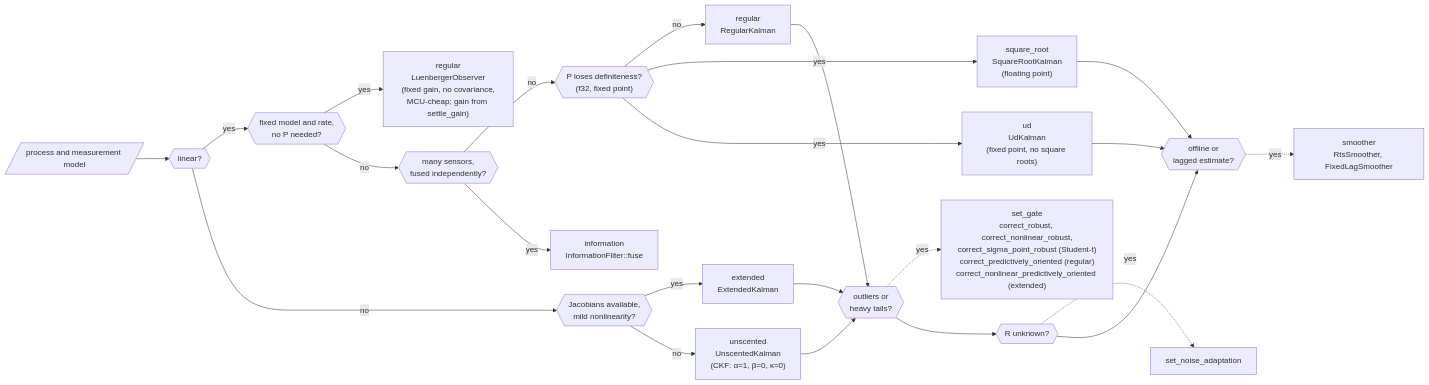
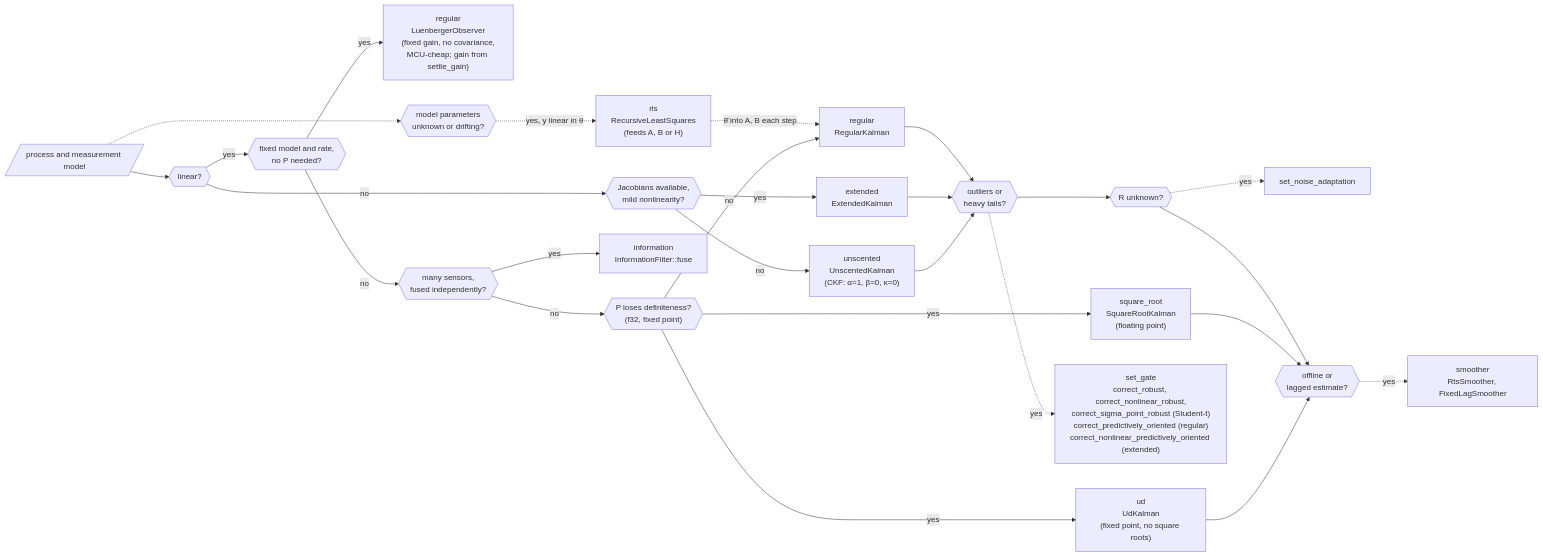
Before and after one commit to sunsided/minikalman-rs: the diagram in crates/minikalman/docs/diagrams/choose-filter.mmd, drawn with Mermaid. The commit also changed 13 other files, not shown here.

First line of the commit message:
Add recursive least squares for online parameter identification (#149)

```diff
--- a/crates/minikalman/docs/diagrams/choose-filter.mmd
+++ b/crates/minikalman/docs/diagrams/choose-filter.mmd
@@ -1,43 +1,48 @@
 flowchart LR
     %% Which filter fits a problem. Style: see docs/diagrams/README.md.
     %% The root README.md holds an inline copy of this diagram; keep the two in sync.
     %% Checks are hexagons; answers are rectangles naming the module and the type or method.
     model[/"process and measurement model"/]
     linear{{"linear?"}}
     steady{{"fixed model and rate,<br/>no P needed?"}}
     luenberger["regular<br/>LuenbergerObserver<br/>(fixed gain, no covariance,<br/>MCU-cheap; gain from settle_gain)"]
     fusion{{"many sensors,<br/>fused independently?"}}
     jacobians{{"Jacobians available,<br/>mild nonlinearity?"}}
     definite{{"P loses definiteness?<br/>(f32, fixed point)"}}
     regular["regular<br/>RegularKalman"]
     square_root["square_root<br/>SquareRootKalman<br/>(floating point)"]
     information["information<br/>InformationFilter::fuse"]
     ud["ud<br/>UdKalman<br/>(fixed point, no square roots)"]
     extended["extended<br/>ExtendedKalman"]
     unscented["unscented<br/>UnscentedKalman<br/>(CKF: α=1, β=0, κ=0)"]
     outliers{{"outliers or<br/>heavy tails?"}}
     gate["set_gate<br/>correct_robust, correct_nonlinear_robust,<br/>correct_sigma_point_robust (Student-t)<br/>correct_predictively_oriented (regular)<br/>correct_nonlinear_predictively_oriented (extended)"]
     noise{{"R unknown?"}}
     adapt["set_noise_adaptation"]
     offline{{"offline or<br/>lagged estimate?"}}
     smoother["smoother<br/>RtsSmoother, FixedLagSmoother"]
+    params{{"model parameters<br/>unknown or drifting?"}}
+    rls["rls<br/>RecursiveLeastSquares<br/>(feeds A, B or H)"]
     model --> linear
     linear -- yes --> steady
     steady -- yes --> luenberger
     steady -- no --> fusion
+    model -.-> params
+    params -. "yes, y linear in θ" .-> rls
+    rls -.->|"θ̂ into A, B each step"| regular
     fusion -- no --> definite
     definite -- no --> regular
     definite -- yes --> square_root
     definite -- yes --> ud
     fusion -- yes --> information
     linear -- no --> jacobians
     jacobians -- yes --> extended
     jacobians -- no --> unscented
     regular & extended & unscented --> outliers
     outliers -. yes .-> gate
     outliers --> noise
     noise -. yes .-> adapt
     noise --> offline
     square_root & ud --> offline
     offline -. yes .-> smoother
     classDef focus fill:#fbbf24,stroke:#b45309,stroke-width:3px,color:#1c1917
```
